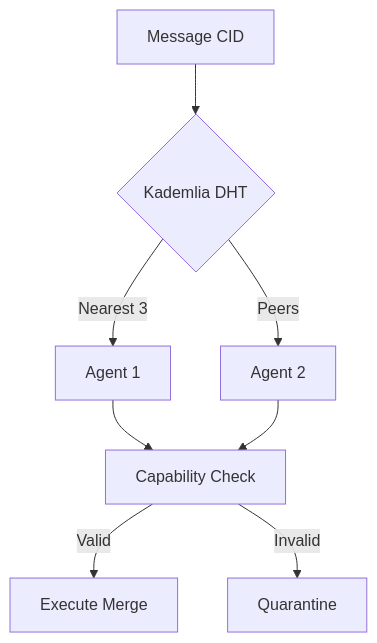
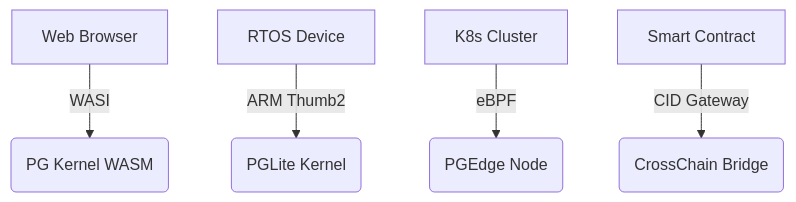
Before and after one commit to promisegrid/grid-poc: the diagram in x/routing/950.md, drawn with Mermaid. The commit also changed other lines of this file and 54 other files, not shown here.

````diff
--- a/x/routing/950.md
+++ b/x/routing/950.md
@@ -70,10 +100,7 @@
 ```mermaid
 graph TD
-    A[Message CID] --> B{Kademlia DHT}
-    B -->|Nearest 3| C[Agent 1]
-    B -->|Peers| D[Agent 2]
-    C --> E[Capability Check]
-    D --> E
-    E -->|Valid| F[Execute Merge]
-    E -->|Invalid| G[Quarantine]
+A[Web Browser] -->|WASI| B(PG Kernel WASM)
+C[RTOS Device] -->|ARM Thumb2| D(PGLite Kernel)
+E[K8s Cluster] -->|eBPF| F(PGEdge Node)
+G[Smart Contract] -->|CID Gateway| H(CrossChain Bridge)
 ```
````
